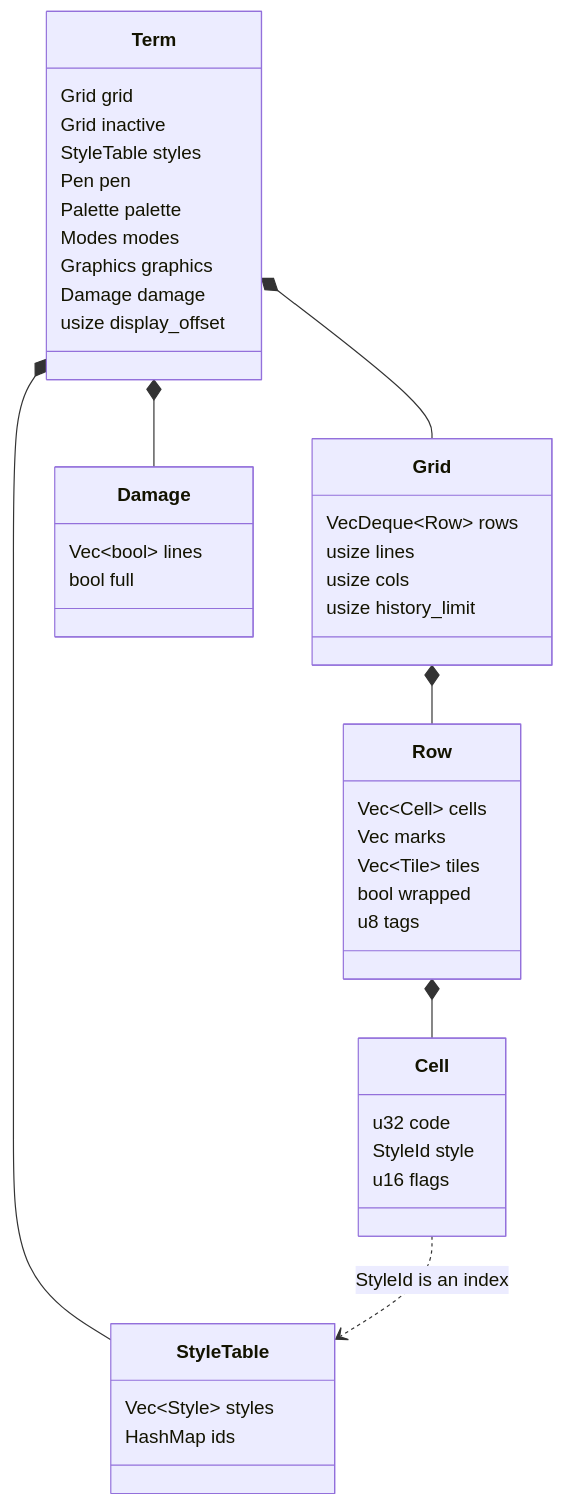
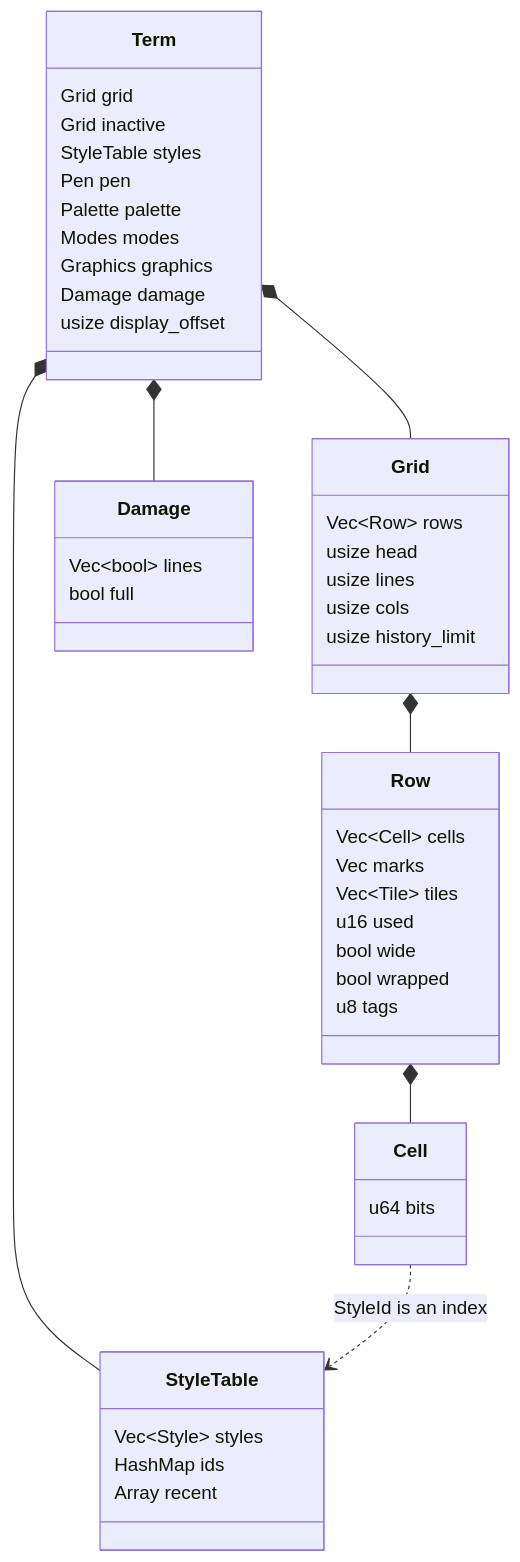
Before and after one commit to riya-amemiya/Dartel: the sixth of 9 diagrams in docs/architecture.md, drawn with Mermaid. The commit also changed other lines of this file and 15 other files, not shown here.

````diff
--- a/docs/architecture.md
+++ b/docs/architecture.md
@@ -236,46 +240,48 @@
 ```mermaid
 classDiagram
     class Term {
         Grid grid
         Grid inactive
         StyleTable styles
         Pen pen
         Palette palette
         Modes modes
         Graphics graphics
         Damage damage
         usize display_offset
     }
     class Grid {
-        VecDeque~Row~ rows
+        Vec~Row~ rows
+        usize head
         usize lines
         usize cols
         usize history_limit
     }
     class Row {
         Vec~Cell~ cells
         Vec marks
         Vec~Tile~ tiles
+        u16 used
+        bool wide
         bool wrapped
         u8 tags
     }
     class Cell {
-        u32 code
-        StyleId style
-        u16 flags
+        u64 bits
     }
     class StyleTable {
         Vec~Style~ styles
         HashMap ids
+        Array recent
     }
     class Damage {
         Vec~bool~ lines
         bool full
     }
     Term *-- Grid
     Term *-- StyleTable
     Term *-- Damage
     Grid *-- Row
     Row *-- Cell
     Cell ..> StyleTable : StyleId is an index
 ```
````
